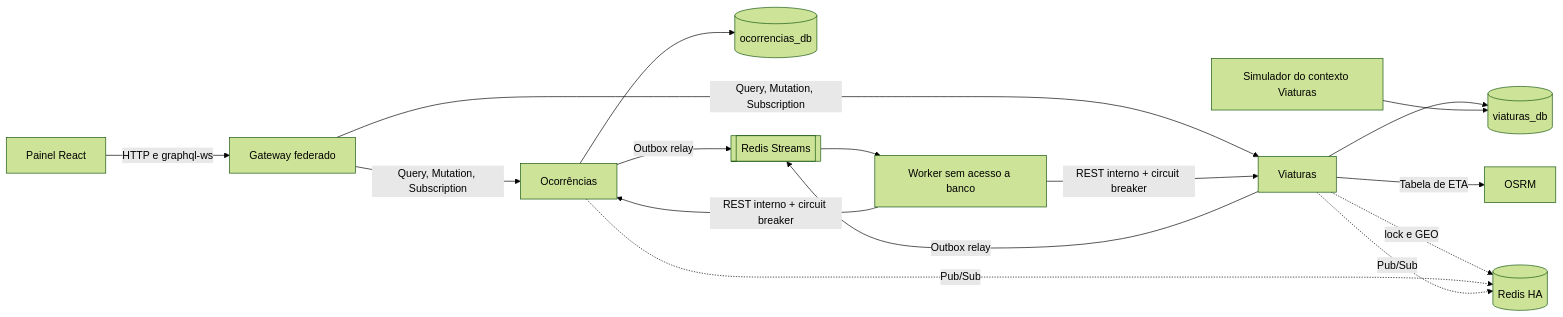
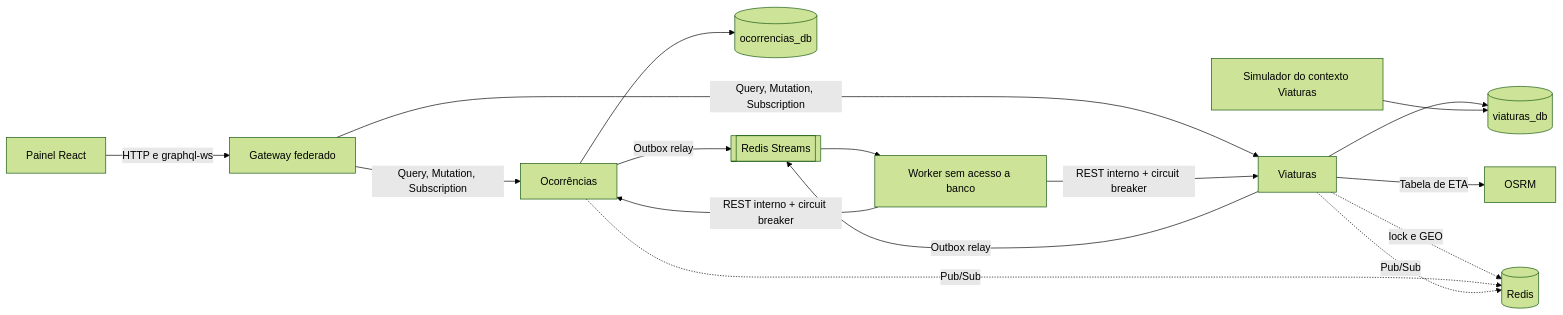
One commit to j0aoarthur/graphql-tde-sistemas-distribuidos changed the diagram in docs/SDV_PLANO_ADERENCIA_ARQUITETURA.md. Above: the diagram before and after it, drawn with Mermaid (forest theme). The commit also changed other lines of this file, not shown here.

````diff
--- a/docs/SDV_PLANO_ADERENCIA_ARQUITETURA.md
+++ b/docs/SDV_PLANO_ADERENCIA_ARQUITETURA.md
@@ -17,18 +19,18 @@
 ```mermaid
 flowchart LR
   FE[Painel React] -->|HTTP e graphql-ws| GW[Gateway federado]
   GW -->|Query, Mutation, Subscription| OC[Ocorrências]
   GW -->|Query, Mutation, Subscription| VI[Viaturas]
   OC --> DBO[(ocorrencias_db)]
   VI --> DBV[(viaturas_db)]
   SIM[Simulador do contexto Viaturas] --> DBV
   OC -->|Outbox relay| ST[[Redis Streams]]
   VI -->|Outbox relay| ST
   ST --> WK[Worker sem acesso a banco]
   WK -->|REST interno + circuit breaker| VI
   WK -->|REST interno + circuit breaker| OC
   VI -->|Tabela de ETA| OSRM[OSRM]
-  VI -. lock e GEO .-> RD[(Redis HA)]
+  VI -. lock e GEO .-> RD[(Redis)]
   OC -. Pub/Sub .-> RD
   VI -. Pub/Sub .-> RD
 ```
````
